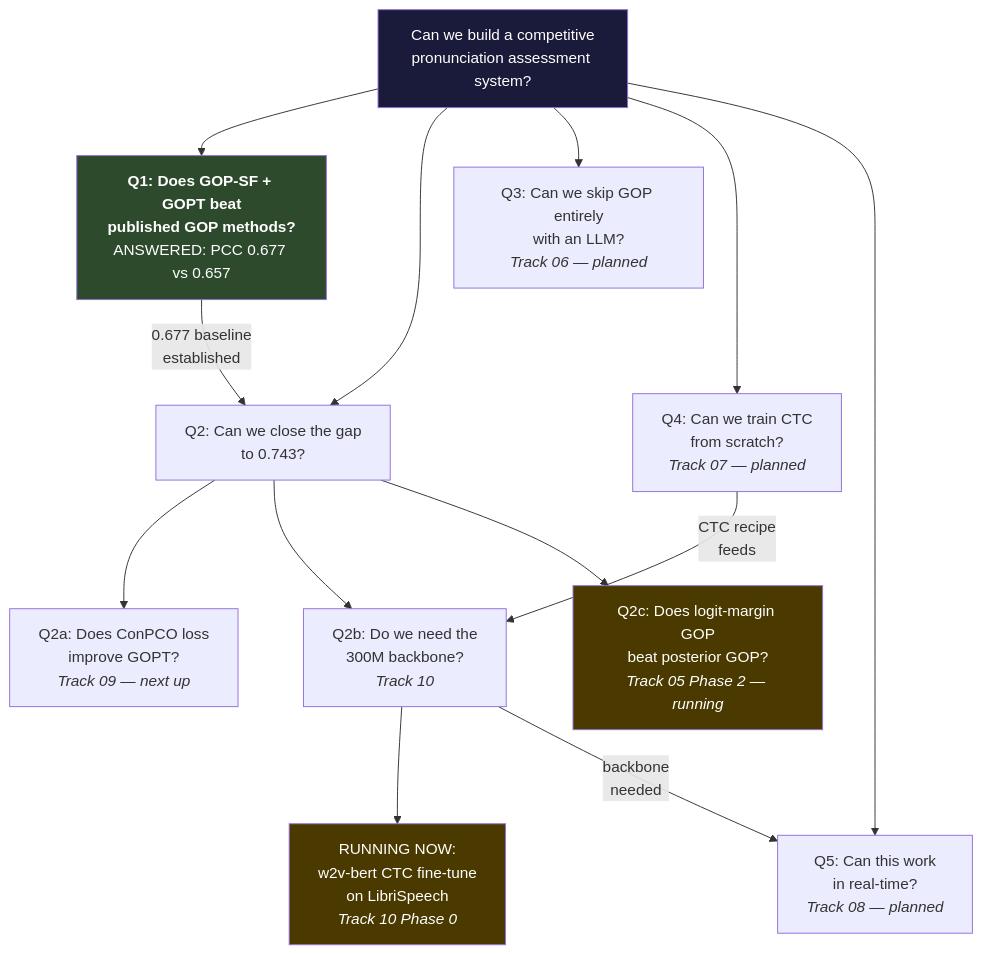
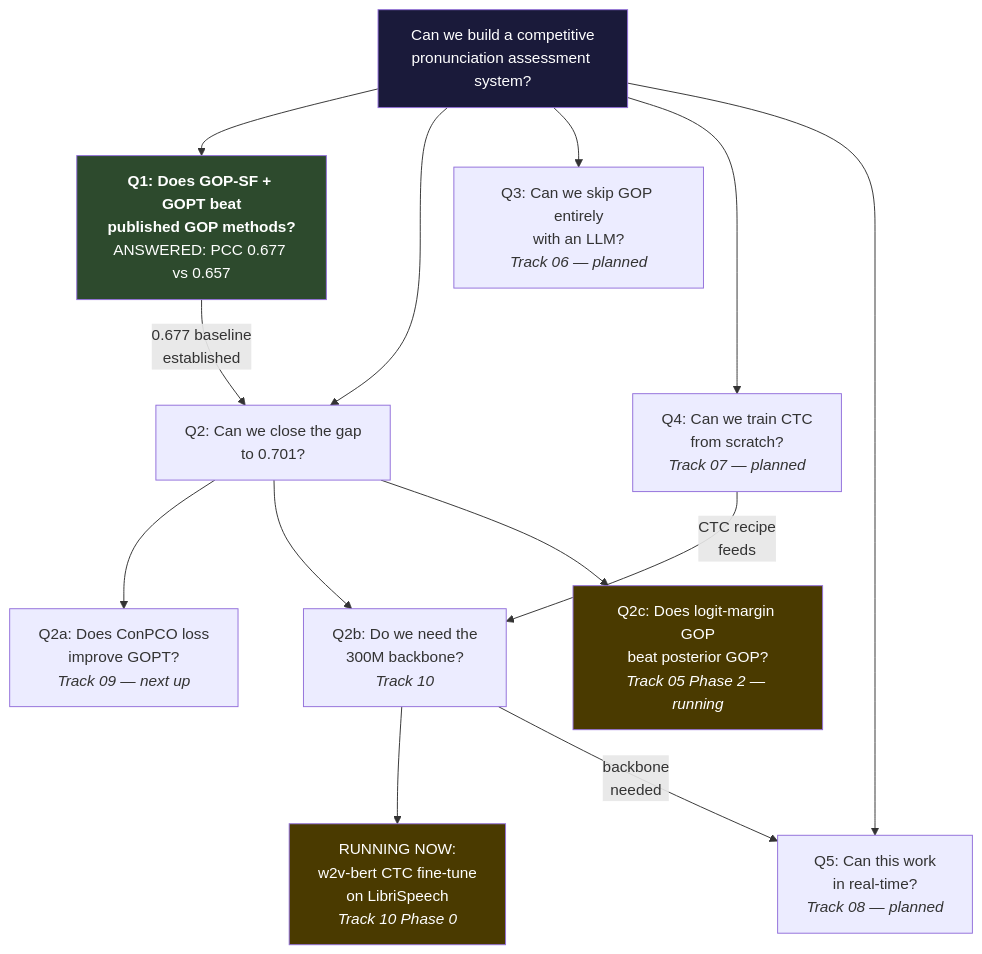
Before and after one commit to chikingsley/peacock-asr: the diagram in docs/research/META_PLAN.md, drawn with Mermaid. The commit also changed other lines of this file and 43 other files, not shown here.

````diff
--- a/docs/research/META_PLAN.md
+++ b/docs/research/META_PLAN.md
@@ -17,36 +17,36 @@
 ```mermaid
 graph TD
     ROOT["Can we build a competitive<br/>pronunciation assessment system?"]
 
     Q1["<b>Q1: Does GOP-SF + GOPT beat<br/>published GOP methods?</b><br/>ANSWERED: PCC 0.677 vs 0.657"]
-    Q2["Q2: Can we close the gap<br/>to 0.743?"]
+    Q2["Q2: Can we close the gap<br/>to 0.701?"]
     Q3["Q3: Can we skip GOP entirely<br/>with an LLM?<br/><i>Track 06 — planned</i>"]
     Q4["Q4: Can we train CTC<br/>from scratch?<br/><i>Track 07 — planned</i>"]
     Q5["Q5: Can this work<br/>in real-time?<br/><i>Track 08 — planned</i>"]
 
     Q2a["Q2a: Does ConPCO loss<br/>improve GOPT?<br/><i>Track 09 — next up</i>"]
     Q2b["Q2b: Do we need the<br/>300M backbone?<br/><i>Track 10</i>"]
     Q2c["Q2c: Does logit-margin GOP<br/>beat posterior GOP?<br/><i>Track 05 Phase 2 — running</i>"]
 
     P0["RUNNING NOW:<br/>w2v-bert CTC fine-tune<br/>on LibriSpeech<br/><i>Track 10 Phase 0</i>"]
 
     ROOT --> Q1
     ROOT --> Q2
     ROOT --> Q3
     ROOT --> Q4
     ROOT --> Q5
 
     Q1 -->|"0.677 baseline<br/>established"| Q2
     Q2 --> Q2a
     Q2 --> Q2b
     Q2 --> Q2c
     Q2b --> P0
 
     Q4 -->|"CTC recipe<br/>feeds"| Q2b
     Q2b -->|"backbone<br/>needed"| Q5
 
     style Q1 fill:#2d4a2d,color:#fff
     style Q2c fill:#4a3a00,color:#fff
     style P0 fill:#4a3a00,color:#fff
     style ROOT fill:#1a1a3a,color:#fff
 ```
````
